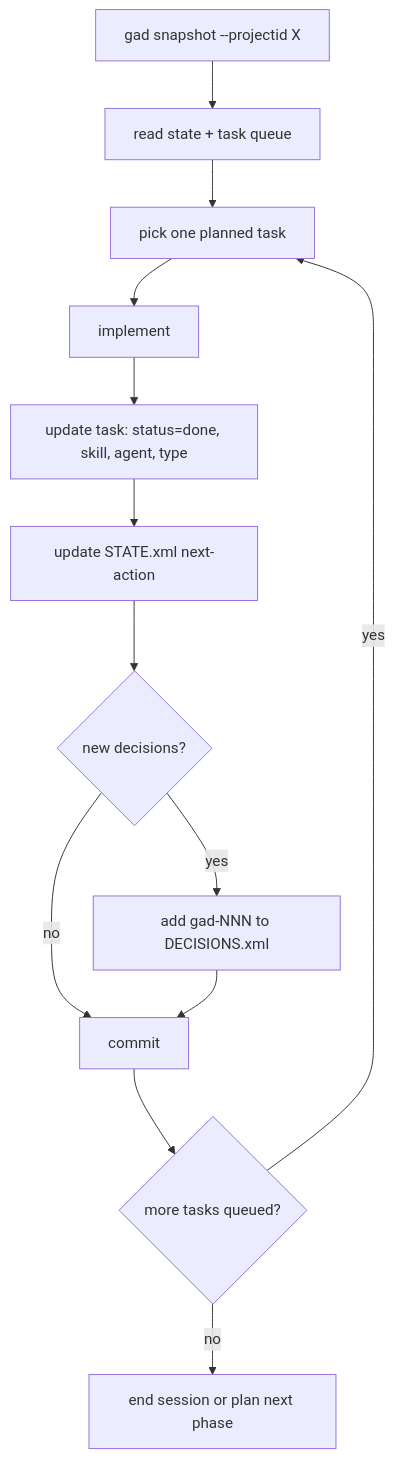
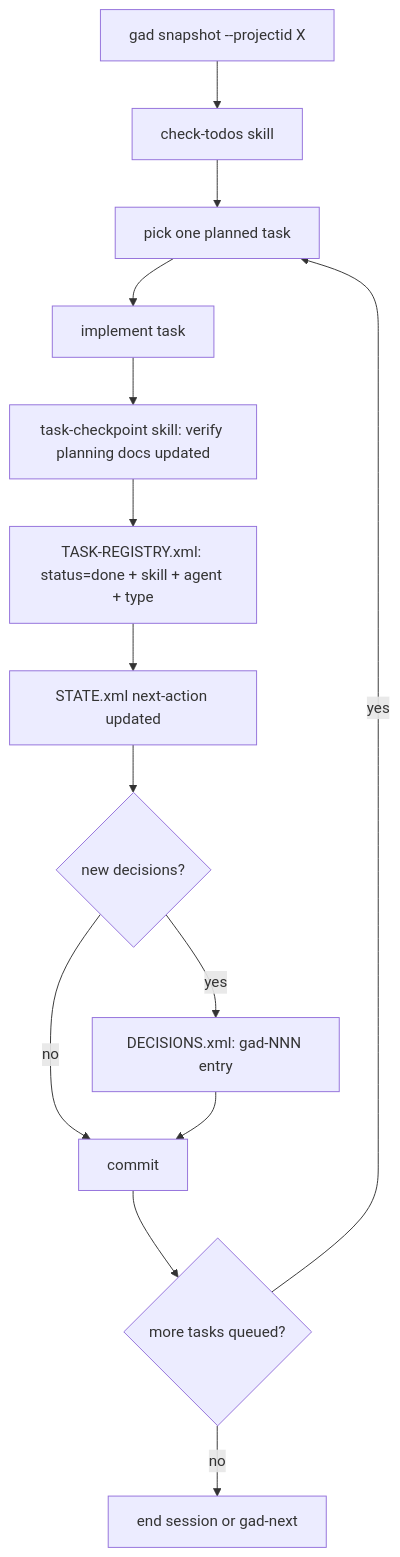
Before and after one commit to MagicbornStudios/get-anything-done: the diagram in .planning/workflows/gad-loop.md, drawn with Mermaid. The commit also changed other lines of this file and 13 other files, not shown here.

````diff
--- a/.planning/workflows/gad-loop.md
+++ b/.planning/workflows/gad-loop.md
@@ -27,15 +26,16 @@
 ```mermaid
 flowchart TD
-  A[gad snapshot --projectid X] --> B[read state + task queue]
+  A[gad snapshot --projectid X] --> B[check-todos skill]
   B --> C[pick one planned task]
-  C --> D[implement]
-  D --> E[update task: status=done, skill, agent, type]
-  E --> F[update STATE.xml next-action]
-  F --> G{new decisions?}
-  G -->|yes| H[add gad-NNN to DECISIONS.xml]
-  G -->|no| I[commit]
-  H --> I
-  I --> J{more tasks queued?}
-  J -->|yes| C
-  J -->|no| K[end session or plan next phase]
+  C --> D[implement task]
+  D --> E[task-checkpoint skill: verify planning docs updated]
+  E --> F[TASK-REGISTRY.xml: status=done + skill + agent + type]
+  F --> G[STATE.xml next-action updated]
+  G --> H{new decisions?}
+  H -->|yes| I[DECISIONS.xml: gad-NNN entry]
+  H -->|no| J[commit]
+  I --> J
+  J --> K{more tasks queued?}
+  K -->|yes| C
+  K -->|no| L[end session or gad-next]
 ```
````
